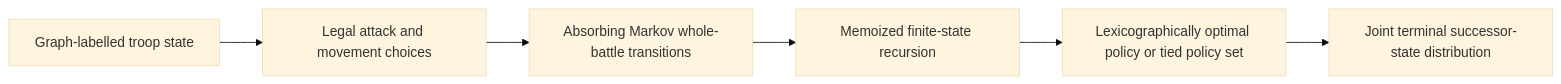
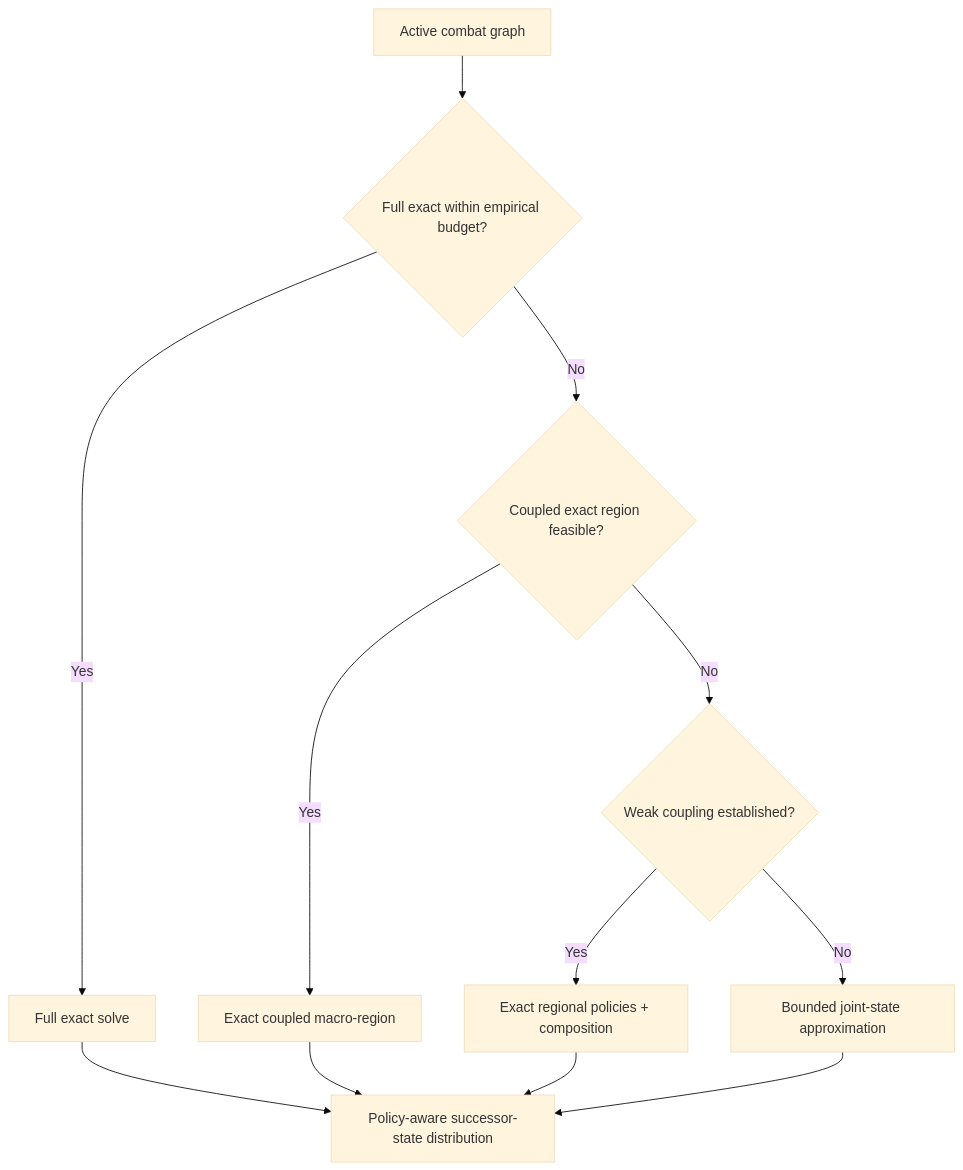
One commit to IkonRules/risk-strategy-optimization changed the diagram in README.md. Above: the diagram before and after it, drawn with Mermaid (base theme). The commit also changed other lines of this file and 85 other files, not shown here.

````diff
--- a/README.md
+++ b/README.md
@@ -47,8 +279,29 @@
 ```mermaid
-flowchart LR
-    A["Graph-labelled troop state"] --> B["Legal attack and movement choices"]
-    B --> C["Absorbing Markov whole-battle transitions"]
-    C --> D["Memoized finite-state recursion"]
-    D --> E["Lexicographically optimal policy or tied policy set"]
-    E --> F["Joint terminal successor-state distribution"]
+flowchart TD
+    G["Active combat graph"]
+    F{"Full exact within empirical budget?"}
+    X["Full exact solve"]
+
+    C{"Coupled exact region feasible?"}
+    M["Exact coupled macro-region"]
+
+    W{"Weak coupling established?"}
+    R["Exact regional policies + composition"]
+
+    A["Bounded joint-state approximation"]
+
+    J["Policy-aware successor-state distribution"]
+
+    G --> F
+    F -- Yes --> X
+    F -- No --> C
+    C -- Yes --> M
+    C -- No --> W
+    W -- Yes --> R
+    W -- No --> A
+
+    X --> J
+    M --> J
+    R --> J
+    A --> J
 ```
````
